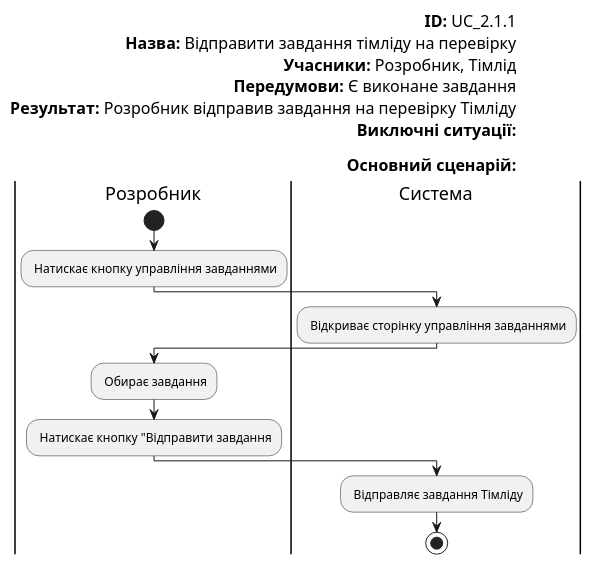
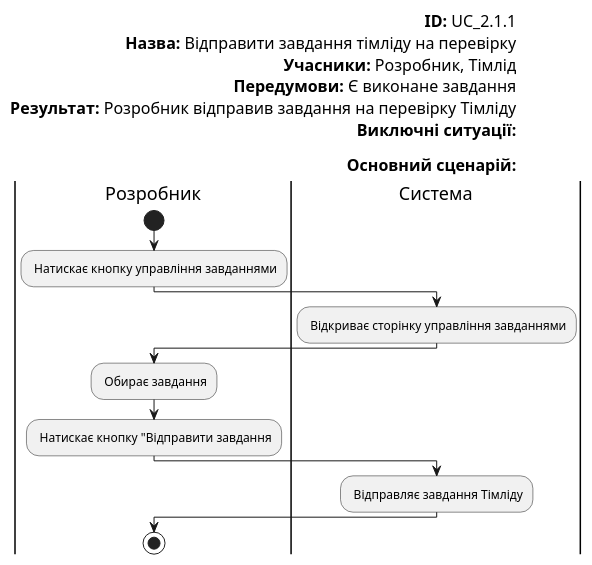
Before and after one commit to boldak/edu-db-cw: the seventh of 20 diagrams in docs/use cases/README.md, drawn with PlantUML. The commit also changed other lines of this file, not shown here.

```diff
--- a/docs/use cases/README.md
+++ b/docs/use cases/README.md
@@ -244,25 +244,26 @@
 @startuml
 
     left header
     <font color=000 size=16><b>ID:</b> UC_2.1.1
     <font color=000 size=16><b>Назва:</b> Відправити завдання тімліду на перевірку
     <font color=000 size=16><b>Учасники:</b> Розробник, Тімлід
     <font color=000 size=16><b>Передумови:</b> Є виконане завдання
     <font color=000 size=16><b>Результат:</b> Розробник відправив завдання на перевірку Тімліду
     <font color=000 size=16><b>Виключні ситуації:</b>
 
     <font color=000 size=16><b>Основний сценарій:</b>
 end header
 
     |Розробник|
         start
         : Натискає кнопку управління завданнями;
     |Система|
         : Відкриває сторінку управління завданнями;
     |Розробник|
         : Обирає завдання;
         : Натискає кнопку "Відправити завдання;
     |Система|   
         : Відправляє завдання Тімліду;
+    |Розробник|
         stop;
 @enduml
```
